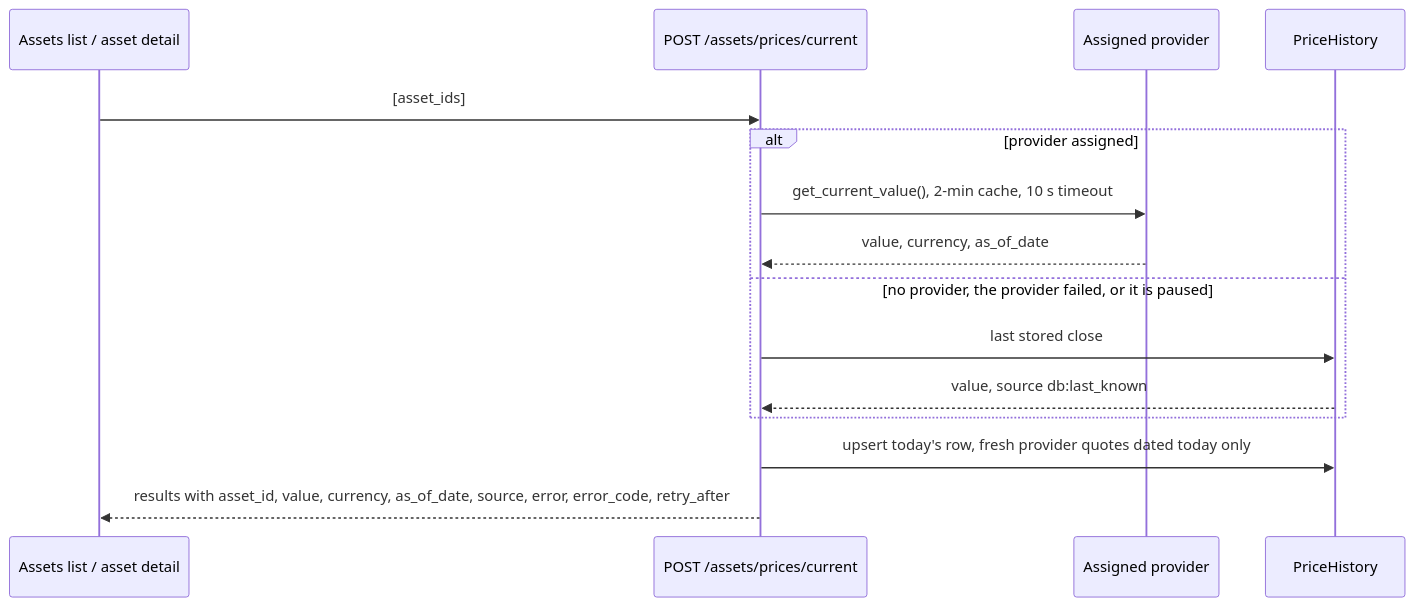
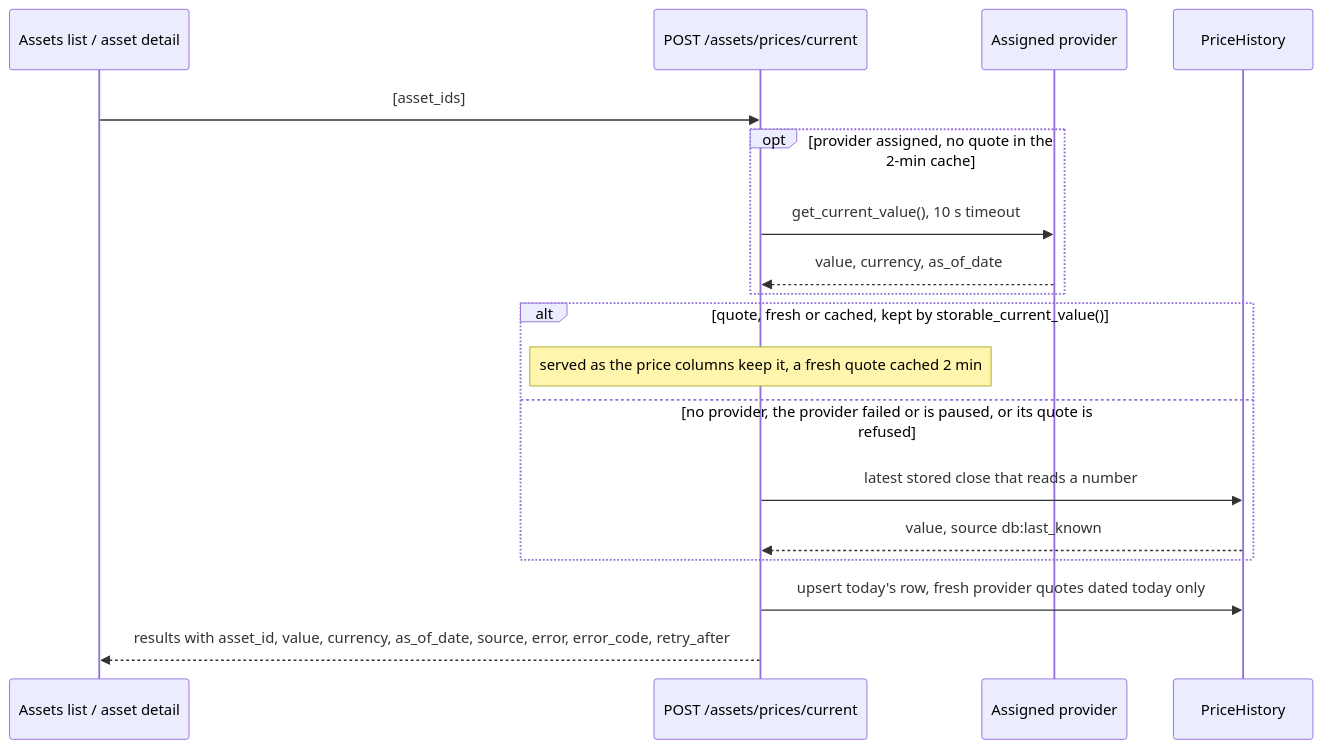
One commit to Librefolio/LibreFolio changed the second of 2 diagrams in mkdocs_src/docs/developer/frontend/components/features/live-ticker.md. Above: the diagram before and after it, drawn with Mermaid. The commit also changed other lines of this file and 9 other files, not shown here.

````diff
--- a/mkdocs_src/docs/developer/frontend/components/features/live-ticker.md
+++ b/mkdocs_src/docs/developer/frontend/components/features/live-ticker.md
@@ -590,18 +590,21 @@
 ```mermaid
 sequenceDiagram
     participant Page as Assets list / asset detail
     participant API as POST /assets/prices/current
     participant Prov as Assigned provider
     participant DB as PriceHistory
 
     Page->>API: [asset_ids]
-    alt provider assigned
-        API->>Prov: get_current_value(), 2-min cache, 10 s timeout
+    opt provider assigned, no quote in the 2-min cache
+        API->>Prov: get_current_value(), 10 s timeout
         Prov-->>API: value, currency, as_of_date
-    else no provider, the provider failed, or it is paused
-        API->>DB: last stored close
+    end
+    alt quote, fresh or cached, kept by storable_current_value()
+        Note over API: served as the price columns keep it, a fresh quote cached 2 min
+    else no provider, the provider failed or is paused, or its quote is refused
+        API->>DB: latest stored close that reads a number
         DB-->>API: value, source db:last_known
     end
     API->>DB: upsert today's row, fresh provider quotes dated today only
     API-->>Page: results with asset_id, value, currency, as_of_date, source, error, error_code, retry_after
 ```
````
